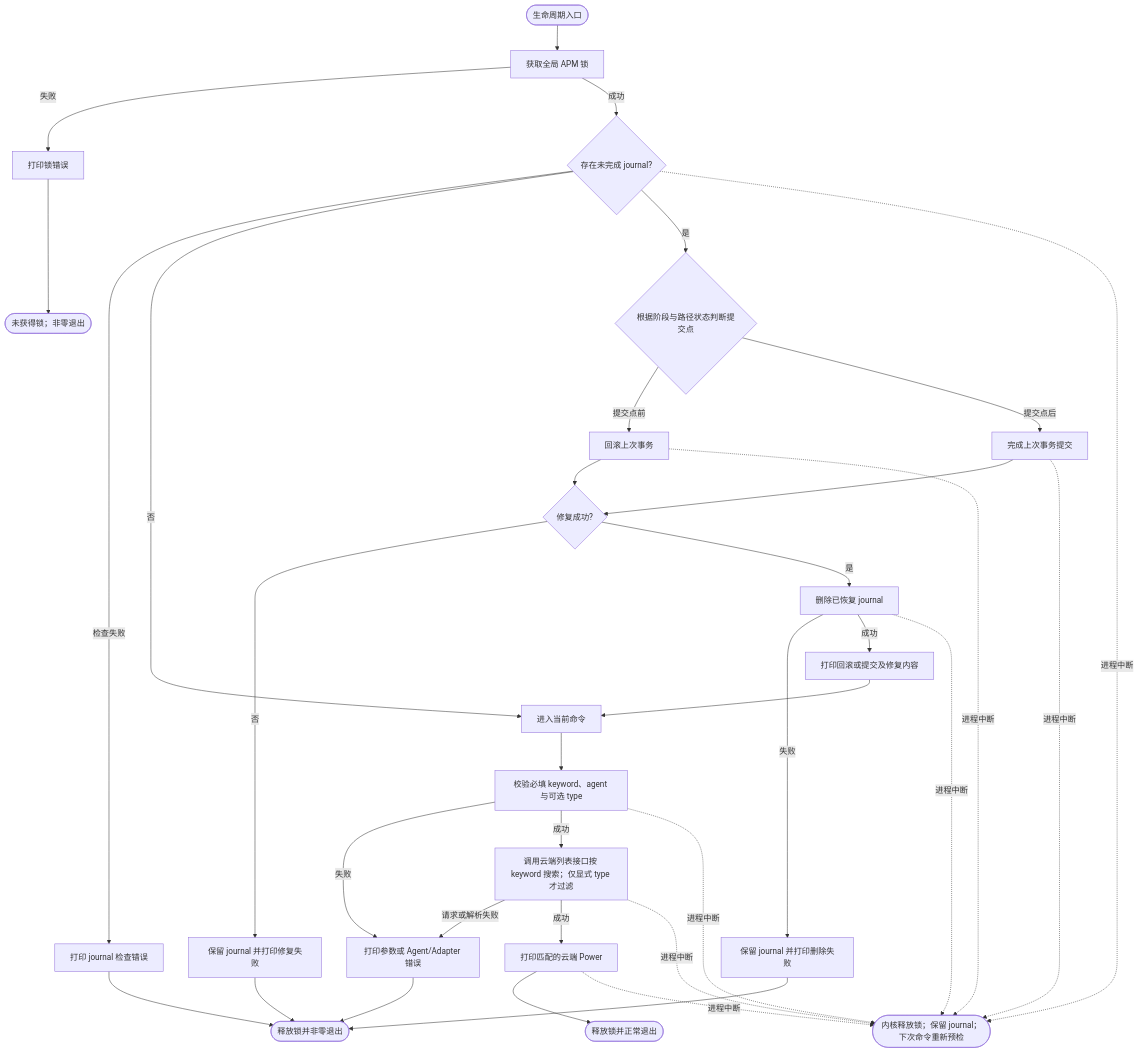
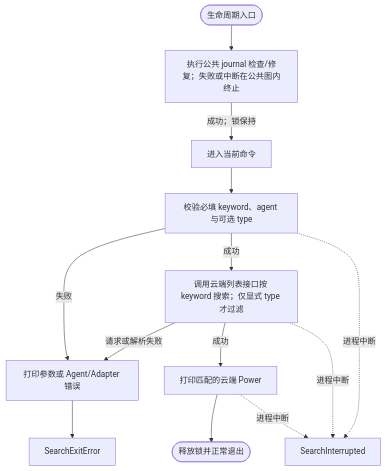
One commit to spacemit-com/agent-power-manager changed the diagram in ivory-tower/c4/components/apm-cli-lifecycle-diagrams/search.mmd. Above: the diagram before and after it, drawn with Mermaid. The commit also changed 5 other files, not shown here.

Commit message:
docs(c4): extract common journal recovery flow

```diff
--- a/ivory-tower/c4/components/apm-cli-lifecycle-diagrams/search.mmd
+++ b/ivory-tower/c4/components/apm-cli-lifecycle-diagrams/search.mmd
@@ -1,29 +1,13 @@
 flowchart TD
-    SearchStart([生命周期入口]) --> SearchLock[获取全局 APM 锁]
-    SearchLock -->|失败| SearchLockFail[打印锁错误] --> SearchLockExitError([未获得锁；非零退出])
-    SearchLock -->|成功| SearchJournal{存在未完成 journal?}
-    SearchJournal -->|检查失败| SearchJournalFail[打印 journal 检查错误] --> SearchExitError([释放锁并非零退出])
-    SearchJournal -->|否| SearchCommand[进入当前命令]
-    SearchJournal -->|是| SearchDecide{根据阶段与路径状态判断提交点}
-    SearchDecide -->|提交点前| SearchRepairRollback[回滚上次事务]
-    SearchDecide -->|提交点后| SearchRepairCommit[完成上次事务提交]
-    SearchRepairRollback --> SearchRepairResult{修复成功?}
-    SearchRepairCommit --> SearchRepairResult
-    SearchRepairResult -->|否| SearchRepairFail[保留 journal 并打印修复失败] --> SearchExitError
-    SearchRepairResult -->|是| SearchDeleteRecovered[删除已恢复 journal]
-    SearchDeleteRecovered -->|失败| SearchDeleteRecoveredFail[保留 journal 并打印删除失败] --> SearchExitError
-    SearchDeleteRecovered -->|成功| SearchRepairLog[打印回滚或提交及修复内容] --> SearchCommand
-    SearchRepairRollback -.进程中断.-> SearchInterrupted([内核释放锁；保留 journal；下次命令重新预检])
-    SearchRepairCommit -.进程中断.-> SearchInterrupted
-    SearchDeleteRecovered -.进程中断.-> SearchInterrupted
-    SearchJournal -.进程中断.-> SearchInterrupted
+    SearchStart([生命周期入口]) --> SearchRecovery[执行公共 journal 检查/修复；失败或中断在公共图内终止]
+    SearchRecovery -->|成功；锁保持| SearchCommand[进入当前命令]
 
     SearchCommand --> SearchValidate[校验必填 keyword、agent 与可选 type]
     SearchValidate -->|失败| SearchFail[打印参数或 Agent/Adapter 错误] --> SearchExitError
     SearchValidate -->|成功| SearchCloudSearch[调用云端列表接口按 keyword 搜索；仅显式 type 才过滤]
     SearchCloudSearch -->|请求或解析失败| SearchFail
     SearchCloudSearch -->|成功| SearchPrint[打印匹配的云端 Power]
     SearchPrint --> SearchExitOK([释放锁并正常退出])
     SearchValidate -.进程中断.-> SearchInterrupted
     SearchCloudSearch -.进程中断.-> SearchInterrupted
     SearchPrint -.进程中断.-> SearchInterrupted
```
